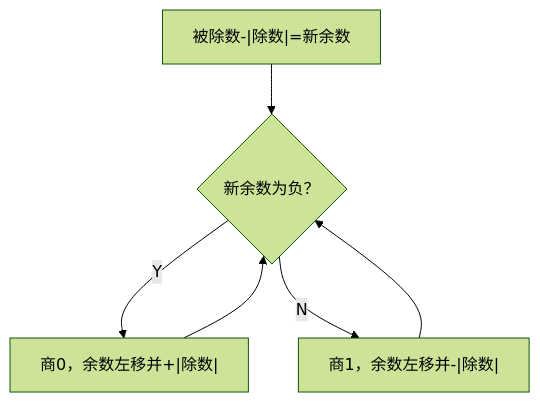
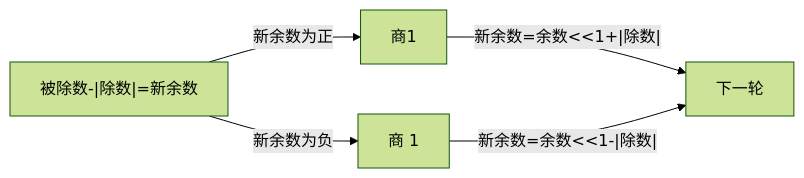
Before and after one commit to GreenHandHand/markdown-note: the second of 3 diagrams in 计算机组成原理/数据的表示和运算.md, drawn with Mermaid (forest theme). The commit also changed other lines of this file, not shown here.

````diff
--- a/计算机组成原理/数据的表示和运算.md
+++ b/计算机组成原理/数据的表示和运算.md
@@ -617,5 +625,5 @@
 ```mermaid
-graph TD
-A["被除数-|除数|=新余数"]-->B{"新余数为负？"}-->|Y|C["商0，余数左移并+|除数|"]-->B
-B-->|N|D["商1，余数左移并-|除数|"]-->B
+graph LR
+A["被除数-|除数|=新余数"]-->|"新余数为正"|C["商1"]-->|"新余数=余数<<1+|除数|"|E["下一轮"]
+A-->|"新余数为负"|D["商 1"] -->|"新余数=余数<<1-|除数|"|E
 ```
````
